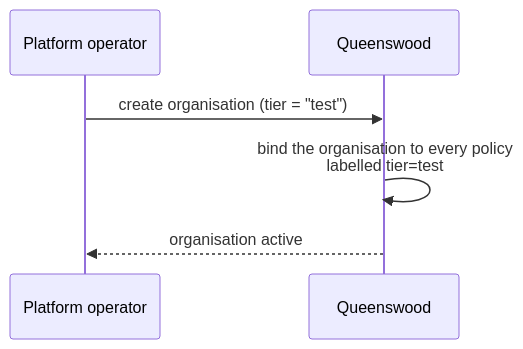
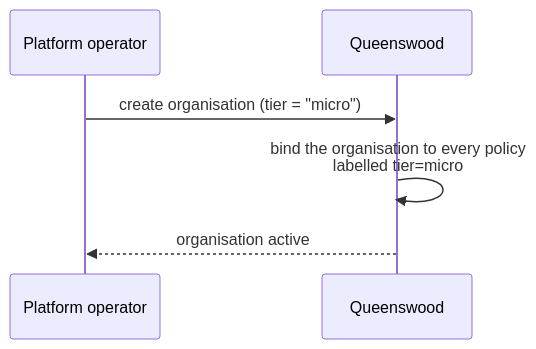
One commit to repldriven/queenswood changed the fifth of 5 diagrams in docs/prd/policies.md. Above: the diagram before and after it, drawn with Mermaid. The commit also changed other lines of this file and 12 other files, not shown here.

First line of the commit message:
Prove the policies PRD's journeys, and project product responses onto their schema (#791)

````diff
--- a/docs/prd/policies.md
+++ b/docs/prd/policies.md
@@ -346,9 +346,9 @@
 ```mermaid
 sequenceDiagram
     participant O as Platform operator
     participant Q as Queenswood
 
-    O->>Q: create organisation (tier = "test")
-    Q->>Q: bind the organisation to every policy<br/>labelled tier=test
+    O->>Q: create organisation (tier = "micro")
+    Q->>Q: bind the organisation to every policy<br/>labelled tier=micro
     Q-->>O: organisation active
 ```
````
